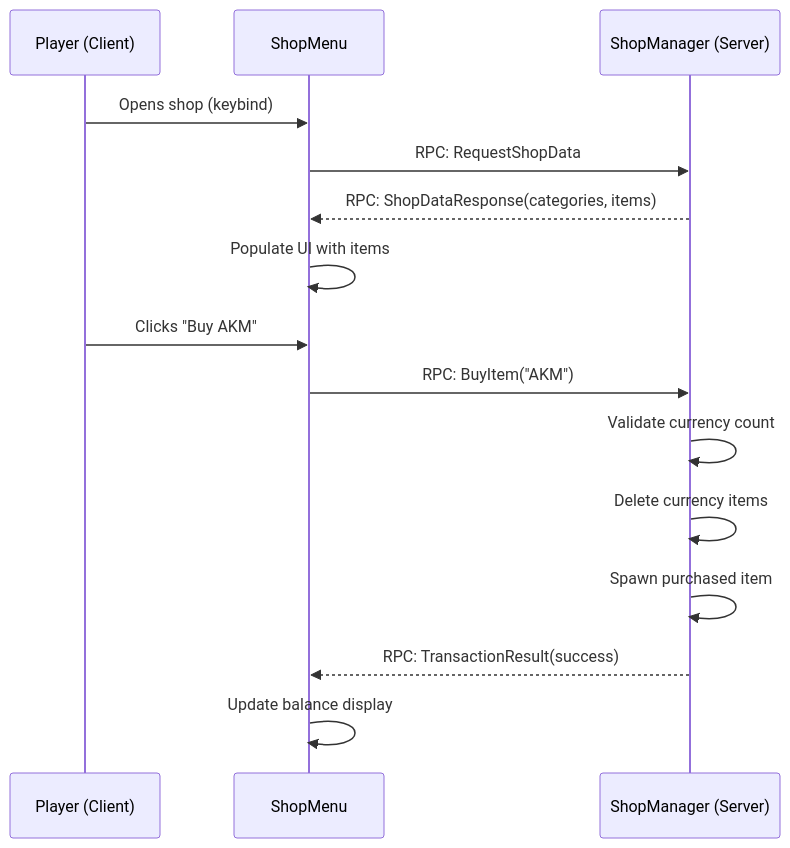
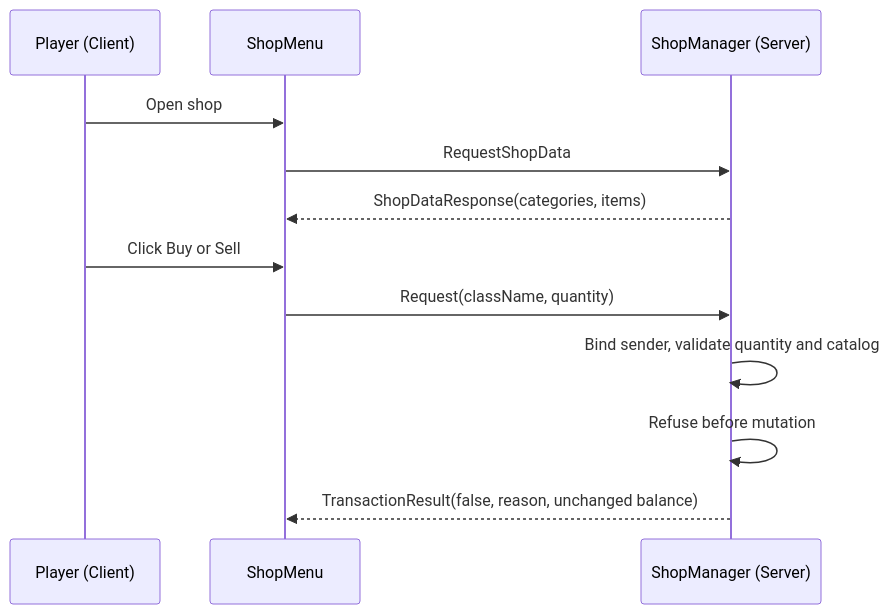
One commit to StarDZ-Team/DayZ-Modding-Wiki changed the diagram in en/08-tutorials/12-trading-system.md. Above: the diagram before and after it, drawn with Mermaid. The commit also changed other lines of this file and 18 other files, not shown here.

````diff
--- a/en/08-tutorials/12-trading-system.md
+++ b/en/08-tutorials/12-trading-system.md
@@ -32,18 +32,15 @@
 ```mermaid
 sequenceDiagram
     participant P as Player (Client)
     participant UI as ShopMenu
     participant S as ShopManager (Server)
 
-    P->>UI: Opens shop (keybind)
-    UI->>S: RPC: RequestShopData
-    S-->>UI: RPC: ShopDataResponse(categories, items)
-    UI->>UI: Populate UI with items
-    P->>UI: Clicks "Buy AKM"
-    UI->>S: RPC: BuyItem("AKM")
-    S->>S: Validate currency count
-    S->>S: Delete currency items
-    S->>S: Spawn purchased item
-    S-->>UI: RPC: TransactionResult(success)
-    UI->>UI: Update balance display
+    P->>UI: Open shop
+    UI->>S: RequestShopData
+    S-->>UI: ShopDataResponse(categories, items)
+    P->>UI: Click Buy or Sell
+    UI->>S: Request(className, quantity)
+    S->>S: Bind sender, validate quantity and catalog
+    S->>S: Refuse before mutation
+    S-->>UI: TransactionResult(false, reason, unchanged balance)
 ```
````
